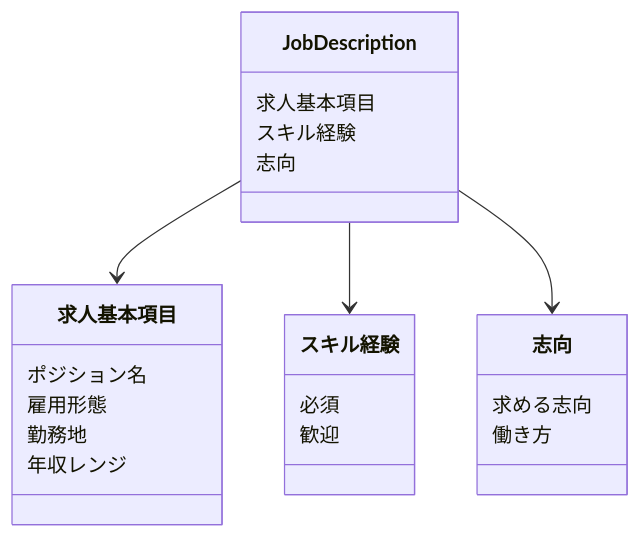
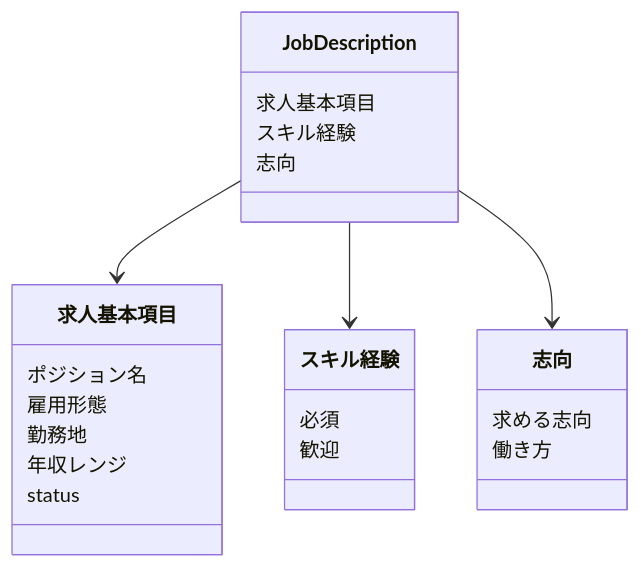
One commit to yama-0t0k0/forAgent changed the fourth of 4 diagrams in docs/Documentation_eachApp/designdocument_job_description.md. Above: the diagram before and after it, drawn with Mermaid. The commit also changed other lines of this file and 11 other files, not shown here.

````diff
--- a/docs/Documentation_eachApp/designdocument_job_description.md
+++ b/docs/Documentation_eachApp/designdocument_job_description.md
@@ -169,25 +173,26 @@
 ```mermaid
 classDiagram
     class JobDescription {
       求人基本項目
       スキル経験
       志向
     }
     class 求人基本項目 {
       ポジション名
       雇用形態
       勤務地
       年収レンジ
+      status
     }
     class スキル経験 {
       必須
       歓迎
     }
     class 志向 {
       求める志向
       働き方
     }
     JobDescription --> 求人基本項目
     JobDescription --> スキル経験
     JobDescription --> 志向
 ```
````
